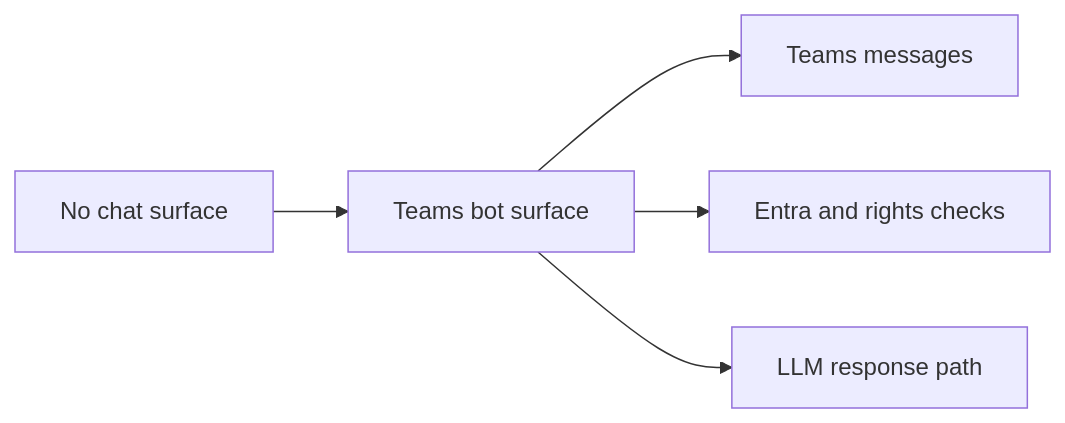
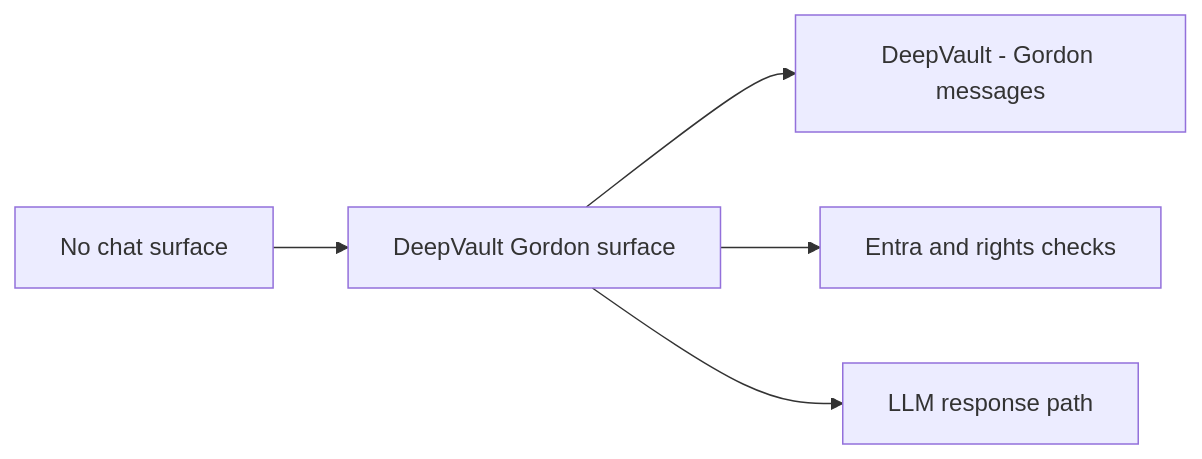
Before and after one commit to AlexAgo83/deepvault: the diagram in logics/architecture/adr_004_teams_bot_architecture_for_llm_chat.md, drawn with Mermaid. The commit also changed other lines of this file and 21 other files, not shown here.

Commit message:
Update DeepVault naming and Azure hosting docs

````diff
--- a/logics/architecture/adr_004_teams_bot_architecture_for_llm_chat.md
+++ b/logics/architecture/adr_004_teams_bot_architecture_for_llm_chat.md
@@ -15,7 +15,7 @@
 ```mermaid
 flowchart LR
-    Current[No chat surface] --> Choice[Teams bot surface]
-    Choice --> Teams[Teams messages]
+    Current[No chat surface] --> Choice[DeepVault Gordon surface]
+    Choice --> Teams[DeepVault - Gordon messages]
     Choice --> Auth[Entra and rights checks]
     Choice --> LLM[LLM response path]
 ```
````
